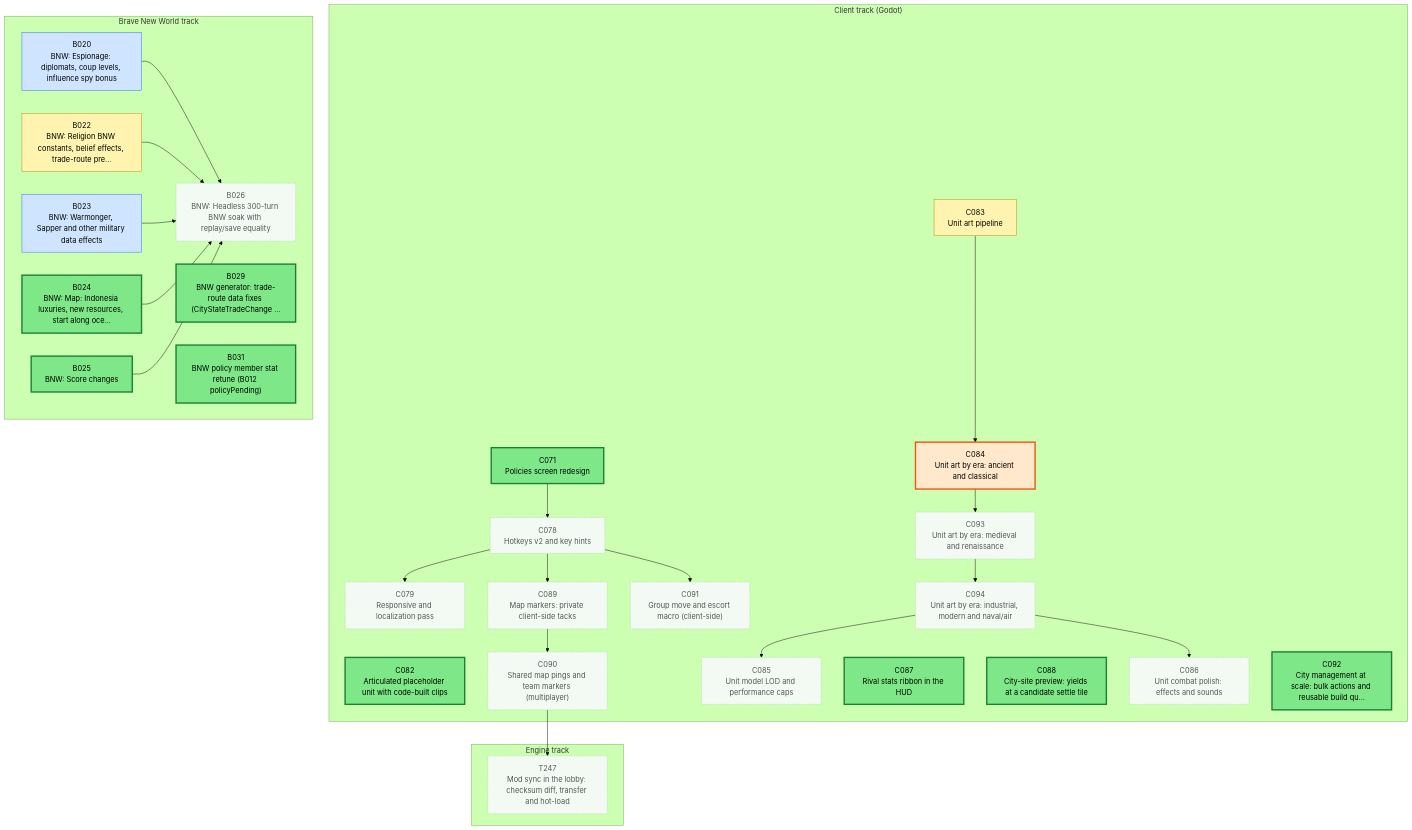
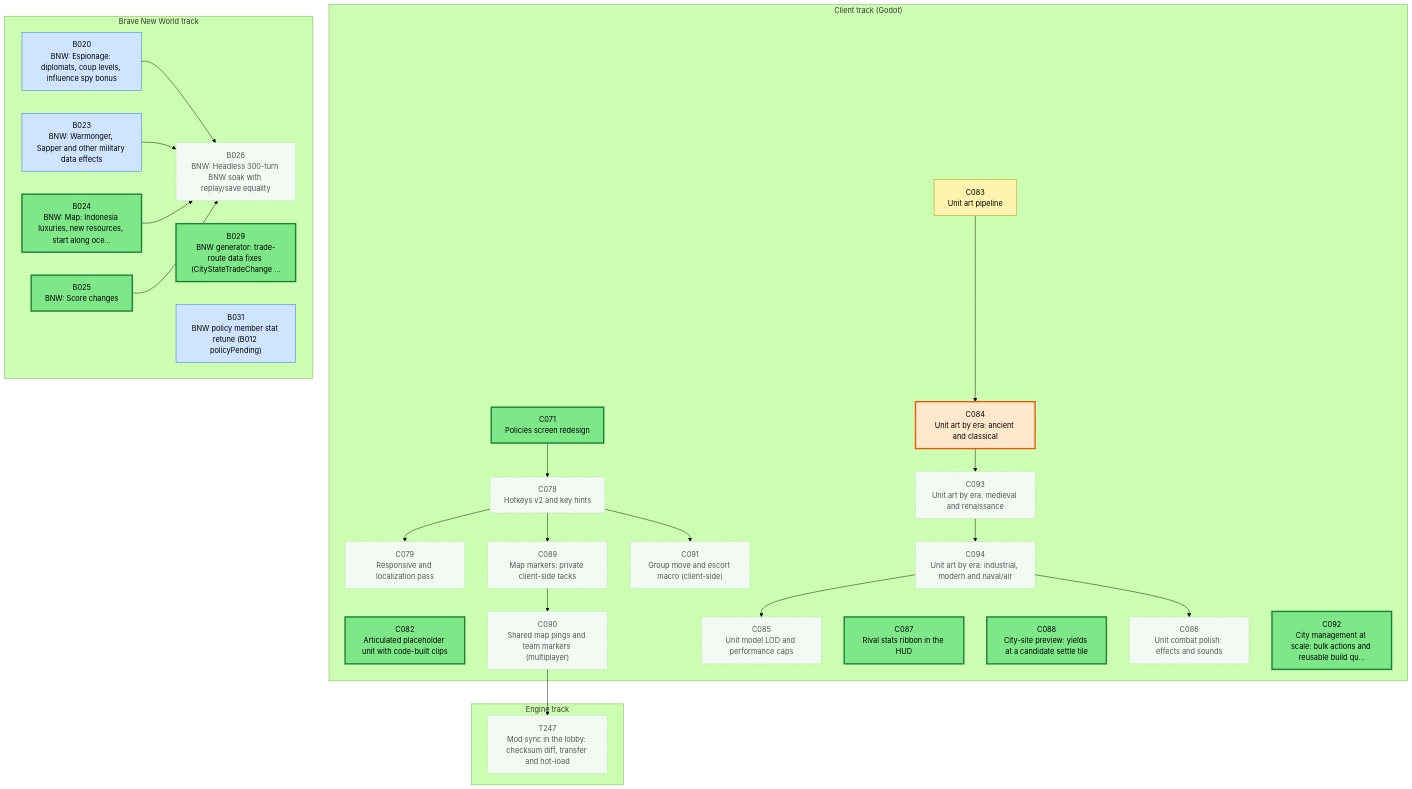
One commit to Kenmura/Unciv changed the first of 3 diagrams in csharp/migration/DEPENDENCY_MAP.md. Above: the diagram before and after it, drawn with Mermaid (forest theme). The commit also changed other lines of this file and 7 other files, not shown here.

````diff
--- a/csharp/migration/DEPENDENCY_MAP.md
+++ b/csharp/migration/DEPENDENCY_MAP.md
@@ -25,82 +25,79 @@
 ```mermaid
 flowchart TD
   subgraph TTRACK["Engine track"]
     T247["T247<br/>Mod sync in the lobby: checksum diff, transfer and hot-load"]
   end
   subgraph CTRACK["Client track (Godot)"]
     C071["C071<br/>Policies screen redesign"]
     C078["C078<br/>Hotkeys v2 and key hints"]
     C079["C079<br/>Responsive and localization pass"]
     C082["C082<br/>Articulated placeholder unit with code-built clips"]
     C083["C083<br/>Unit art pipeline"]
     C084["C084<br/>Unit art by era: ancient and classical"]
     C085["C085<br/>Unit model LOD and performance caps"]
     C086["C086<br/>Unit combat polish: effects and sounds"]
     C087["C087<br/>Rival stats ribbon in the HUD"]
     C088["C088<br/>City-site preview: yields at a candidate settle tile"]
     C089["C089<br/>Map markers: private client-side tacks"]
     C090["C090<br/>Shared map pings and team markers (multiplayer)"]
     C091["C091<br/>Group move and escort macro (client-side)"]
     C092["C092<br/>City management at scale: bulk actions and reusable build qu..."]
     C093["C093<br/>Unit art by era: medieval and renaissance"]
     C094["C094<br/>Unit art by era: industrial, modern and naval/air"]
   end
   subgraph BTRACK["Brave New World track"]
     B020["B020<br/>BNW: Espionage: diplomats, coup levels, influence spy bonus"]
-    B022["B022<br/>BNW: Religion BNW constants, belief effects, trade-route pre..."]
     B023["B023<br/>BNW: Warmonger, Sapper and other military data effects"]
     B024["B024<br/>BNW: Map: Indonesia luxuries, new resources, start along oce..."]
     B025["B025<br/>BNW: Score changes"]
     B026["B026<br/>BNW: Headless 300-turn BNW soak with replay/save equality"]
     B029["B029<br/>BNW generator: trade-route data fixes (CityStateTradeChange ..."]
     B031["B031<br/>BNW policy member stat retune (B012 policyPending)"]
   end
   C090 --> T247
   C071 --> C078
   C078 --> C079
   C083 --> C084
   C094 --> C085
   C094 --> C086
   C078 --> C089
   C089 --> C090
   C078 --> C091
   C084 --> C093
   C093 --> C094
   B020 --> B026
-  B022 --> B026
   B023 --> B026
   B024 --> B026
   B025 --> B026
   classDef waiting fill:#f3faf3,stroke:#9bc49b,color:#555,stroke-dasharray:2 2
   classDef ondeck fill:#ffe8cc,stroke:#e8590c,stroke-width:3px,color:#000
   classDef ready fill:#7ee787,stroke:#1a7f37,stroke-width:3px,color:#000
   classDef prog fill:#fff3b0,stroke:#b58900,color:#000
   classDef review fill:#cfe4ff,stroke:#1f6feb,color:#000
   classDef blocked fill:#ffd6d6,stroke:#c62828,color:#000
   classDef done fill:#eeeeee,stroke:#999999,color:#666,stroke-dasharray:4 3
   class B020 review
-  class B022 prog
   class B023 review
   class B024 ready
   class B025 ready
   class B026 waiting
   class B029 ready
-  class B031 ready
+  class B031 review
   class C071 ready
   class C078 waiting
   class C079 waiting
   class C082 ready
   class C083 prog
   class C084 ondeck
   class C085 waiting
   class C086 waiting
   class C087 ready
   class C088 ready
   class C089 waiting
   class C090 waiting
   class C091 waiting
   class C092 ready
   class C093 waiting
   class C094 waiting
   class T247 waiting
 ```
````
